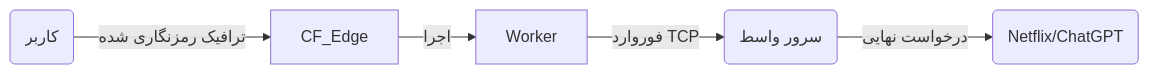
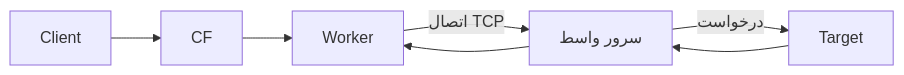
The second of 3 diagrams in فارسی.md (AmirrezaFarnamTaheri/mycfnew), drawn with Mermaid before and after one commit. The commit also changed other lines of this file and 1 other file, not shown here.

First line of the commit message:
Comprehensive Documentation Overhaul (Architecture, config, analogies)

````diff
--- a/فارسی.md
+++ b/فارسی.md
@@ -112,7 +110,9 @@
 ```mermaid
 graph LR
-    Client(کاربر) -->|ترافیک رمزنگاری شده| CF_Edge
-    CF_Edge -->|اجرا| Worker
-    Worker -->|فوروارد TCP| ProxyIP(سرور واسط)
-    ProxyIP -->|درخواست نهایی| Target(Netflix/ChatGPT)
+    Client --> CF
+    CF --> Worker
+    Worker -->|اتصال TCP| ProxyIP[سرور واسط]
+    ProxyIP -->|درخواست| Target
+    Target --> ProxyIP
+    ProxyIP --> Worker
 ```
````
